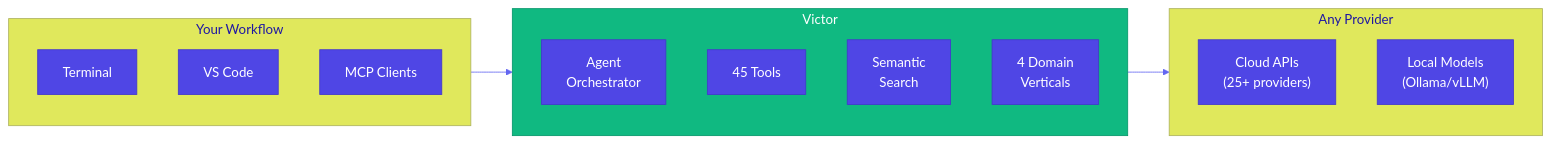
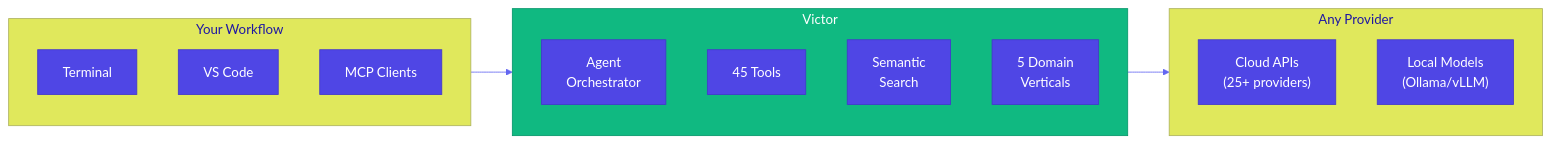
The first of 6 diagrams in README.md (vjsingh1984/victor), drawn with Mermaid before and after one commit. The commit also changed other lines of this file and 2 other files, not shown here.

````diff
--- a/README.md
+++ b/README.md
@@ -25,25 +25,25 @@
 ```mermaid
 %%{init: {'theme': 'base', 'themeVariables': { 'primaryColor': '#4F46E5', 'primaryTextColor': '#fff', 'primaryBorderColor': '#4338CA', 'lineColor': '#6366F1', 'secondaryColor': '#E0E7FF'}}}%%
 flowchart LR
     subgraph Interface["Your Workflow"]
         CLI["Terminal"]
         IDE["VS Code"]
         MCP["MCP Clients"]
     end
 
     subgraph Victor["Victor"]
         Agent["Agent<br/>Orchestrator"]
         Tools["45 Tools"]
         Search["Semantic<br/>Search"]
-        Verticals["4 Domain<br/>Verticals"]
+        Verticals["5 Domain<br/>Verticals"]
     end
 
     subgraph Providers["Any Provider"]
         Cloud["Cloud APIs<br/>(25+ providers)"]
         Local["Local Models<br/>(Ollama/vLLM)"]
     end
 
     Interface --> Victor --> Providers
 
     style Victor fill:#10B981,stroke:#059669,color:#fff
 ```
````
